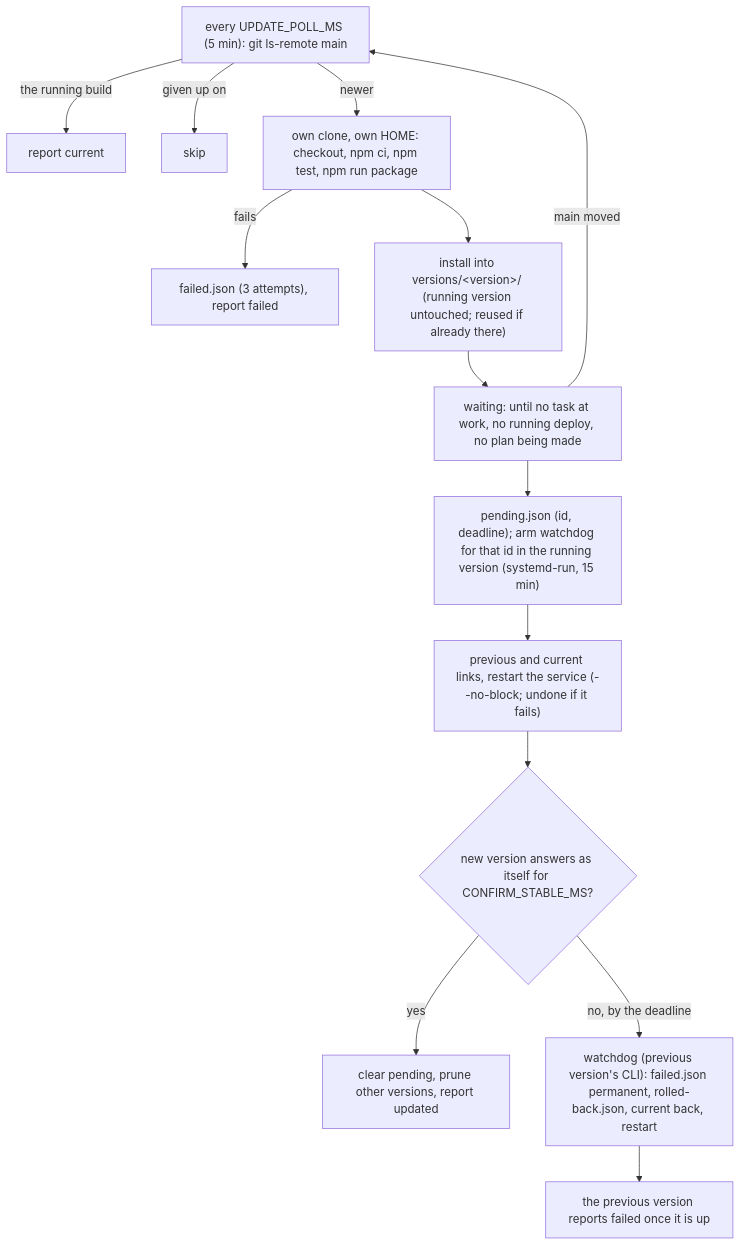
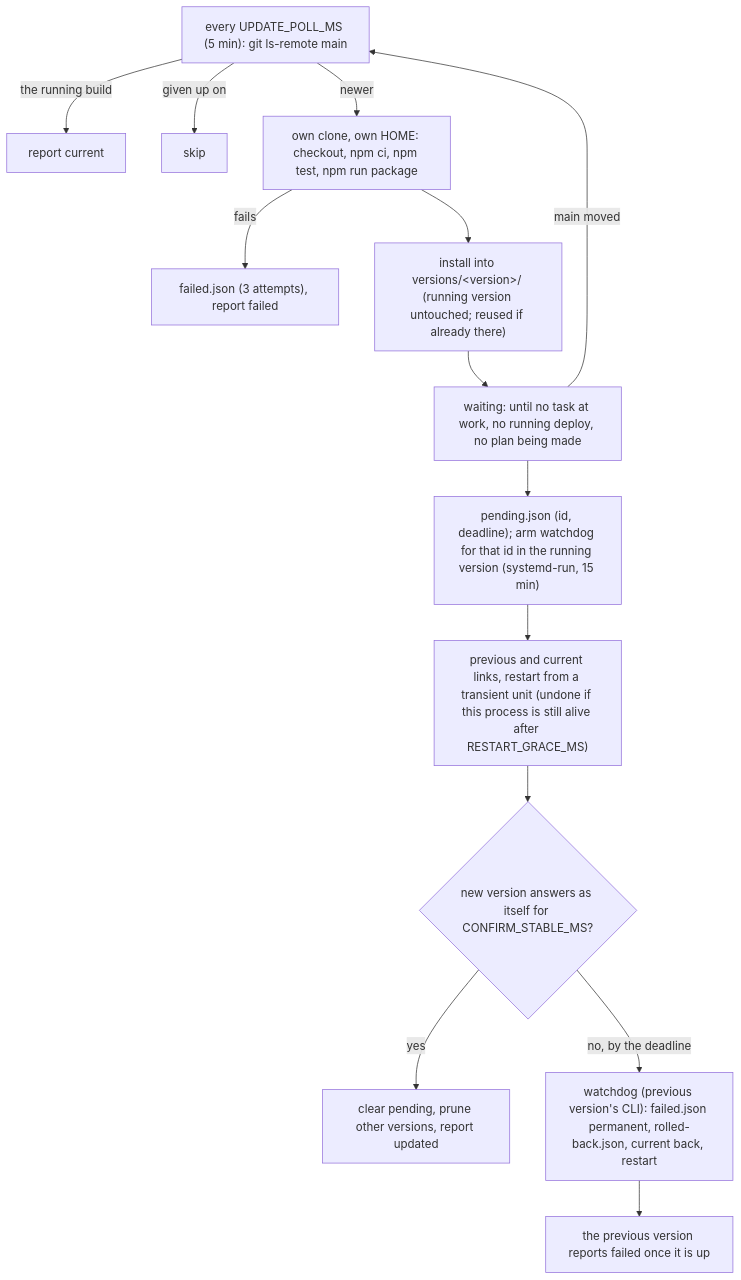
Before and after one commit to Sys64k/ai-swarm-orchestrator: diagram 18 of 18 in ARCHITECTURE.md, drawn with Mermaid. The commit also changed other lines of this file and 3 other files, not shown here.

First line of the commit message:
fix: restart onto a new Hub version from outside the Hub service

````diff
--- a/ARCHITECTURE.md
+++ b/ARCHITECTURE.md
@@ -1425,16 +1425,16 @@
 ```mermaid
 flowchart TD
   P["every UPDATE_POLL_MS (5 min): git ls-remote main"] -->|"the running build"| C["report current"]
   P -->|"given up on"| X["skip"]
   P -->|newer| B["own clone, own HOME: checkout, npm ci, npm test, npm run package"]
   B -->|fails| F["failed.json (3 attempts), report failed"]
   B --> V["install into versions/&lt;version&gt;/ (running version untouched; reused if already there)"]
   V --> W["waiting: until no task at work, no running deploy, no plan being made"]
   W -->|"main moved"| P
   W --> A["pending.json (id, deadline); arm watchdog for that id in the running version (systemd-run, 15 min)"]
-  A --> S["previous and current links, restart the service (--no-block; undone if it fails)"]
+  A --> S["previous and current links, restart from a transient unit (undone if this process is still alive after RESTART_GRACE_MS)"]
   S --> N{"new version answers as itself for CONFIRM_STABLE_MS?"}
   N -->|yes| U["clear pending, prune other versions, report updated"]
   N -->|"no, by the deadline"| RB["watchdog (previous version's CLI): failed.json permanent, rolled-back.json, current back, restart"]
   RB --> RF["the previous version reports failed once it is up"]
 ```
````
